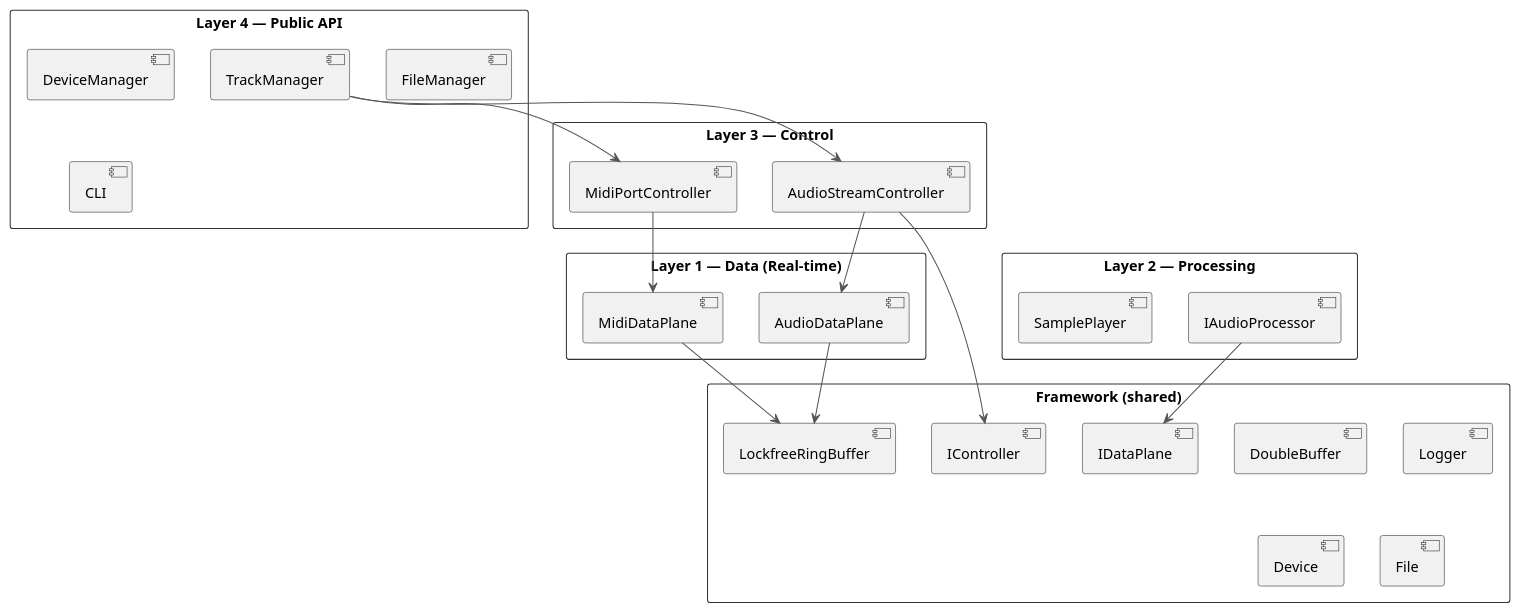
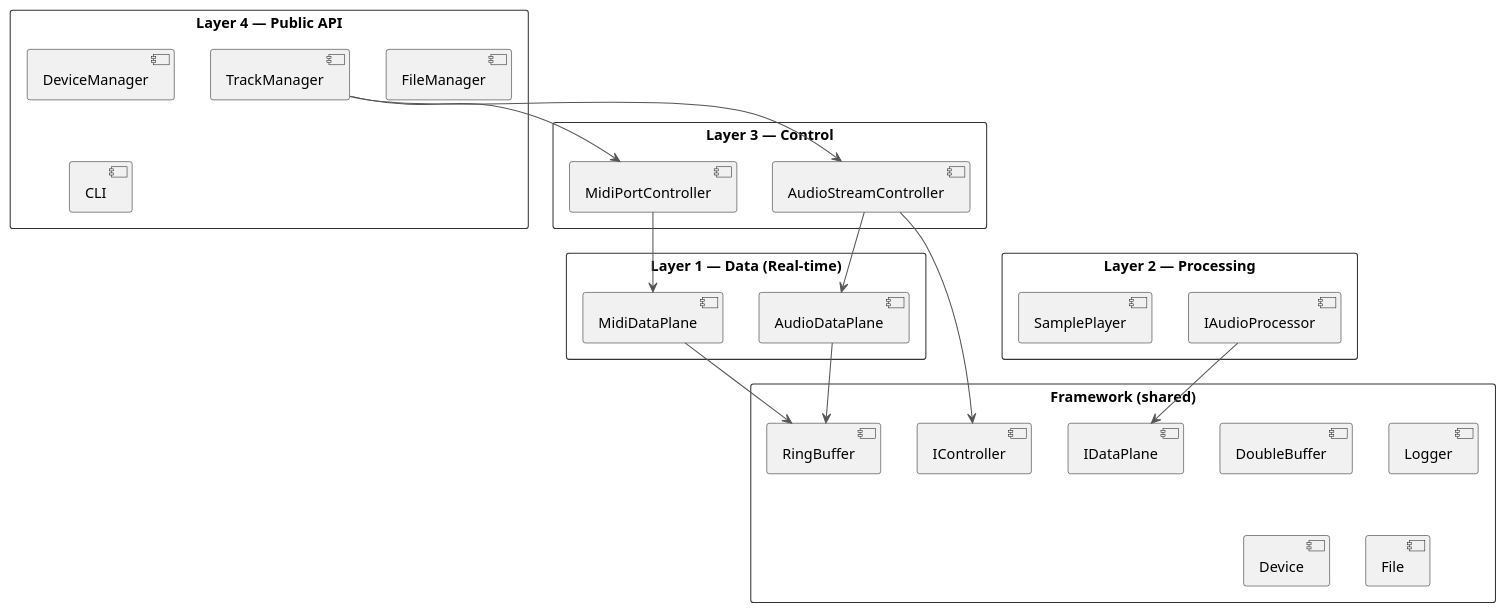
One commit to aidan-clyens/miniaudioengine changed the first of 2 diagrams in .github/prompts/review-architecture.prompt.md. Above: the diagram before and after it, drawn with PlantUML. The commit also changed other lines of this file and 28 other files, not shown here.

````diff
--- a/.github/prompts/review-architecture.prompt.md
+++ b/.github/prompts/review-architecture.prompt.md
@@ -87,49 +87,49 @@
 ```plantuml
 @startuml architecture
 skinparam packageStyle rectangle
 skinparam ArrowColor #555555
 skinparam PackageBorderColor #333333
 
 package "Layer 4 — Public API" {
   [TrackManager]
   [DeviceManager]
   [FileManager]
   [CLI]
 }
 
 package "Layer 3 — Control" {
   [AudioStreamController]
   [MidiPortController]
 }
 
 package "Layer 2 — Processing" {
   [IAudioProcessor]
   [SamplePlayer]
 }
 
 package "Layer 1 — Data (Real-time)" {
   [AudioDataPlane]
   [MidiDataPlane]
 }
 
 package "Framework (shared)" {
-  [LockfreeRingBuffer]
+  [RingBuffer]
   [DoubleBuffer]
   [Logger]
   [IController]
   [IDataPlane]
   [Device]
   [File]
 }
 
 [TrackManager] --> [AudioStreamController]
 [TrackManager] --> [MidiPortController]
 [AudioStreamController] --> [AudioDataPlane]
 [MidiPortController] --> [MidiDataPlane]
-[AudioDataPlane] --> [LockfreeRingBuffer]
-[MidiDataPlane] --> [LockfreeRingBuffer]
+[AudioDataPlane] --> [RingBuffer]
+[MidiDataPlane] --> [RingBuffer]
 [AudioStreamController] --> [IController]
 [IAudioProcessor] --> [IDataPlane]
 
 @enduml
 ```
````
